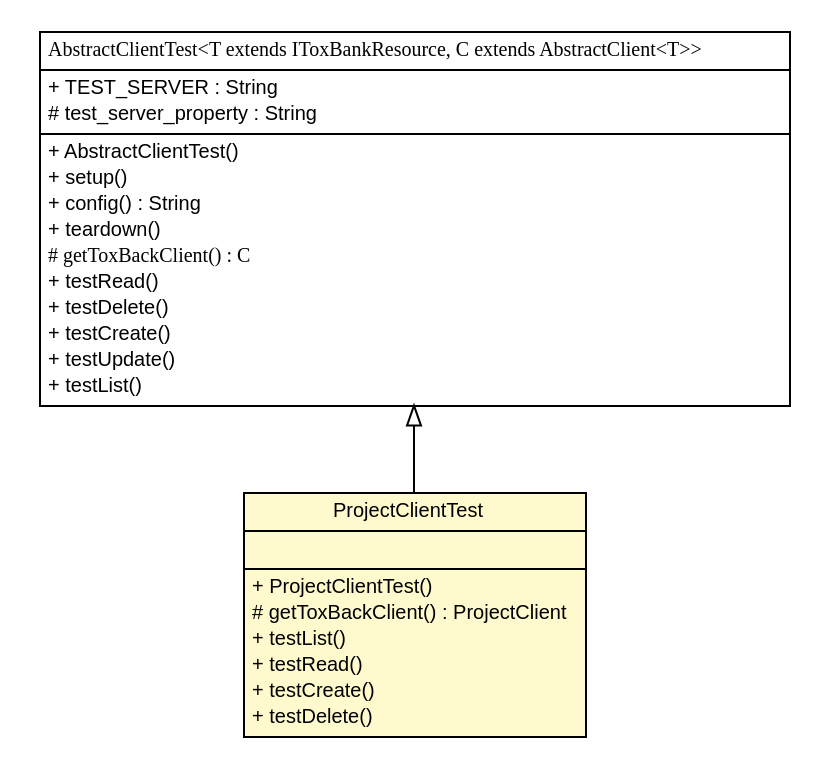
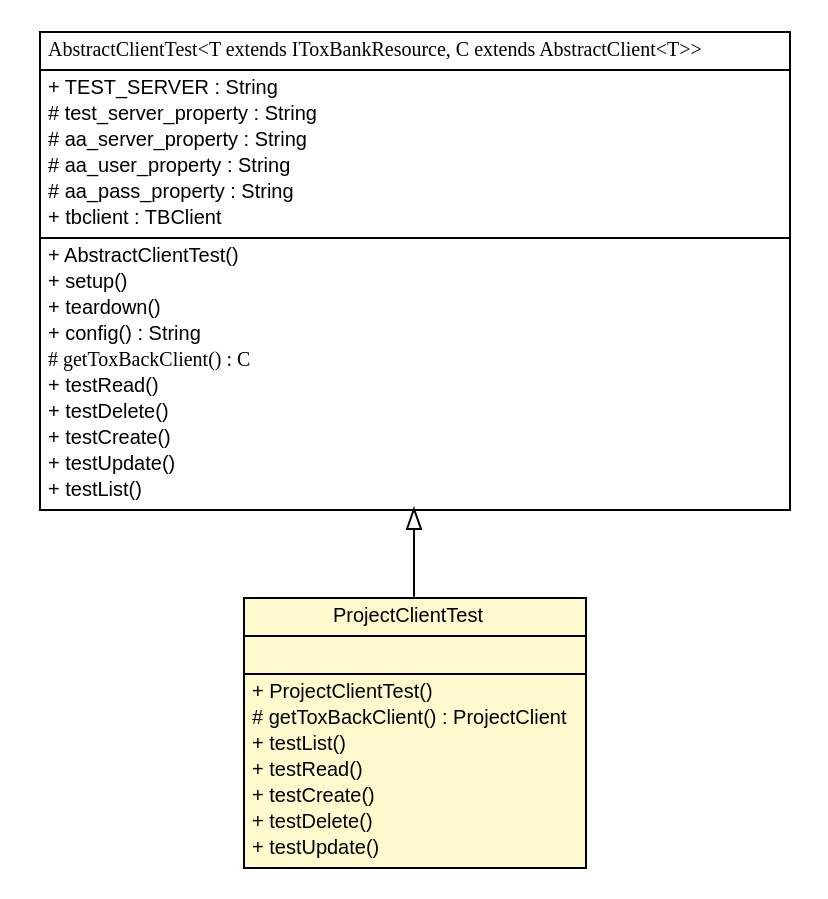
Before and after one commit to ToxBank/toxbank-api-client: the diagram in testapidocs/net/toxbank/client/resource/ProjectClientTest.dot, drawn with Graphviz. The commit also changed 57 other files, not shown here.

```diff
--- a/testapidocs/net/toxbank/client/resource/ProjectClientTest.dot
+++ b/testapidocs/net/toxbank/client/resource/ProjectClientTest.dot
@@ -1,51 +1,56 @@
 #!/usr/local/bin/dot
 #
 # Class diagram 
 # Generated by UmlGraph version 4.6 (http://www.spinellis.gr/sw/umlgraph)
 #
 
 digraph G {
 	edge [fontname="arial",fontsize=10,labelfontname="arial",labelfontsize=10];
 	node [fontname="arial",fontsize=10,shape=plaintext];
 	// net.toxbank.client.resource.ProjectClientTest
 	c70 [label=<<table border="0" cellborder="1" cellspacing="0" cellpadding="2" port="p" bgcolor="lemonChiffon" href="./ProjectClientTest.html">
 		<tr><td><table border="0" cellspacing="0" cellpadding="1">
 			<tr><td> ProjectClientTest </td></tr>
 		</table></td></tr>
 		<tr><td><table border="0" cellspacing="0" cellpadding="1">
 			<tr><td align="left">  </td></tr>
 		</table></td></tr>
 		<tr><td><table border="0" cellspacing="0" cellpadding="1">
 			<tr><td align="left"> + ProjectClientTest() </td></tr>
 			<tr><td align="left"> # getToxBackClient() : ProjectClient </td></tr>
 			<tr><td align="left"> + testList() </td></tr>
 			<tr><td align="left"> + testRead() </td></tr>
 			<tr><td align="left"> + testCreate() </td></tr>
 			<tr><td align="left"> + testDelete() </td></tr>
+			<tr><td align="left"> + testUpdate() </td></tr>
 		</table></td></tr>
 		</table>>, fontname="arial", fontcolor="black", fontsize=10.0];
 	// net.toxbank.client.resource.AbstractClientTest<T extends net.toxbank.client.resource.IToxBankResource, C extends net.toxbank.client.resource.AbstractClient<T>>
 	c76 [label=<<table border="0" cellborder="1" cellspacing="0" cellpadding="2" port="p" href="./AbstractClientTest.html">
 		<tr><td><table border="0" cellspacing="0" cellpadding="1">
 			<tr><td><font face="ariali"> AbstractClientTest&lt;T extends IToxBankResource, C extends AbstractClient&lt;T&gt;&gt; </font></td></tr>
 		</table></td></tr>
 		<tr><td><table border="0" cellspacing="0" cellpadding="1">
 			<tr><td align="left"> + TEST_SERVER : String </td></tr>
 			<tr><td align="left"> # test_server_property : String </td></tr>
+			<tr><td align="left"> # aa_server_property : String </td></tr>
+			<tr><td align="left"> # aa_user_property : String </td></tr>
+			<tr><td align="left"> # aa_pass_property : String </td></tr>
+			<tr><td align="left"> + tbclient : TBClient </td></tr>
 		</table></td></tr>
 		<tr><td><table border="0" cellspacing="0" cellpadding="1">
 			<tr><td align="left"> + AbstractClientTest() </td></tr>
 			<tr><td align="left"> + setup() </td></tr>
+			<tr><td align="left"> + teardown() </td></tr>
 			<tr><td align="left"> + config() : String </td></tr>
-			<tr><td align="left"> + teardown() </td></tr>
 			<tr><td align="left"><font face="ariali" point-size="10.0"> # getToxBackClient() : C </font></td></tr>
 			<tr><td align="left"> + testRead() </td></tr>
 			<tr><td align="left"> + testDelete() </td></tr>
 			<tr><td align="left"> + testCreate() </td></tr>
 			<tr><td align="left"> + testUpdate() </td></tr>
 			<tr><td align="left"> + testList() </td></tr>
 		</table></td></tr>
 		</table>>, fontname="arial", fontcolor="black", fontsize=10.0];
 	//net.toxbank.client.resource.ProjectClientTest extends net.toxbank.client.resource.AbstractClientTest<net.toxbank.client.resource.Project, net.toxbank.client.resource.ProjectClient>
 	c76:p -> c70:p [dir=back,arrowtail=empty];
 }
```
